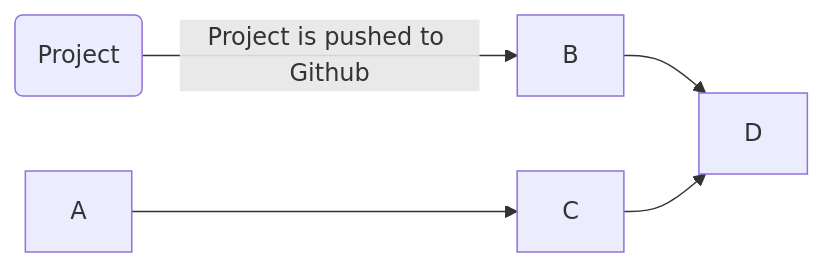
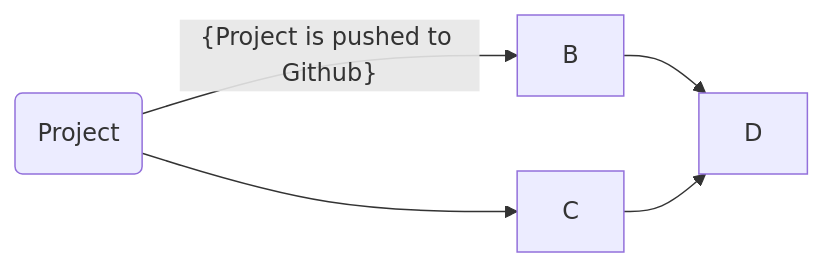
The diagram in README.md (WSU-kduncan/cicd-3120-davidkajuna7), drawn with Mermaid before and after one commit.

````diff
--- a/README.md
+++ b/README.md
@@ -52,7 +52,7 @@
 ```mermaid
   flowchart LR;
-      id1(Project)-- Project is pushed to Github -->B;
+      A(Project)-- {Project is pushed to Github} -->B;
       A-->C;
       B-->D;
       C-->D;
 ```
````
